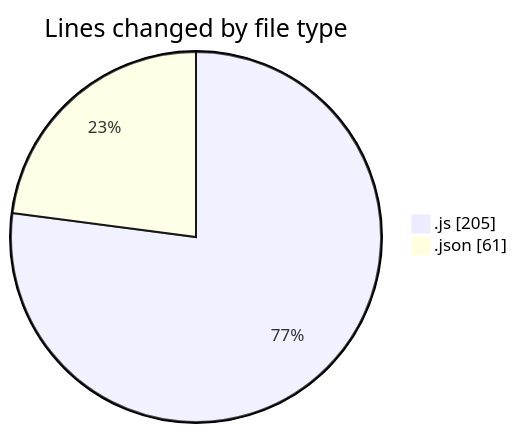
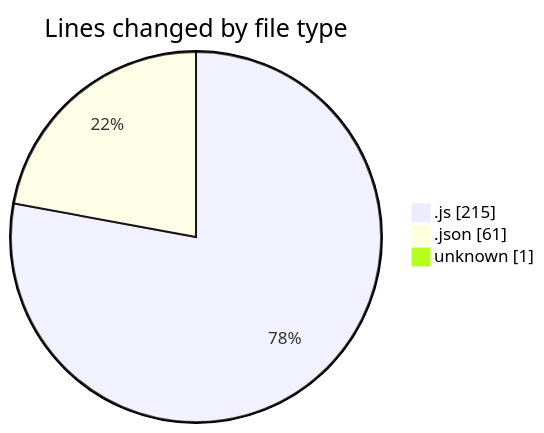
One commit to Ritupan-Deka/code-tracking changed the first of 2 diagrams in 2025-07-02/mern-thinkboard/README.md. Above: the diagram before and after it, drawn with Mermaid. The commit also changed other lines of this file and 1 other file, not shown here.

````diff
--- a/2025-07-02/mern-thinkboard/README.md
+++ b/2025-07-02/mern-thinkboard/README.md
@@ -26,6 +27,7 @@
 ```mermaid
 pie showData
 title Lines changed by file type
-".js" : 205
+".js" : 215
 ".json" : 61
+"unknown" : 1
 ```
````
